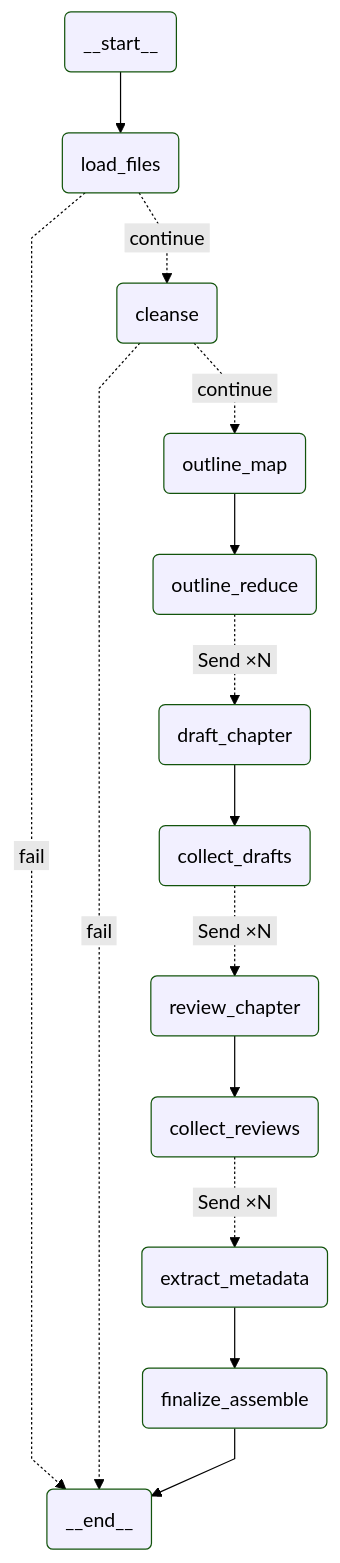
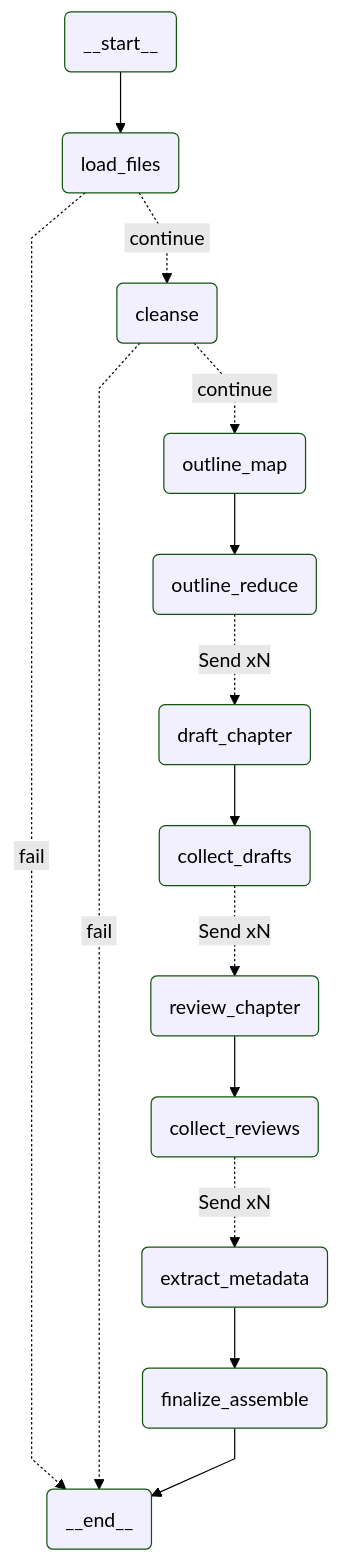
One commit to aiteachme/AITeachMe changed the diagram in backend/scripts/.generated_workflow_diagrams/digest_docgen.md. Above: the diagram before and after it, drawn with Mermaid (forest theme). The commit also changed other lines of this file and 77 other files, not shown here.

````diff
--- a/backend/scripts/.generated_workflow_diagrams/digest_docgen.md
+++ b/backend/scripts/.generated_workflow_diagrams/digest_docgen.md
@@ -5,36 +5,36 @@
 ```mermaid
 ---
 config:
   flowchart:
     curve: linear
 ---
 graph TD;
 	__start__(<p>__start__</p>)
 	load_files(load_files)
 	cleanse(cleanse)
 	outline_map(outline_map)
 	outline_reduce(outline_reduce)
 	draft_chapter(draft_chapter)
 	collect_drafts(collect_drafts)
 	review_chapter(review_chapter)
 	collect_reviews(collect_reviews)
 	extract_metadata(extract_metadata)
 	finalize_assemble(finalize_assemble)
 	__end__(<p>__end__</p>)
 	__start__ --> load_files;
 	cleanse -. &nbsp;fail&nbsp; .-> __end__;
 	cleanse -. &nbsp;continue&nbsp; .-> outline_map;
 	load_files -. &nbsp;fail&nbsp; .-> __end__;
 	load_files -. &nbsp;continue&nbsp; .-> cleanse;
 	outline_map --> outline_reduce;
-	outline_reduce -. &nbsp;Send&nbsp;×N&nbsp; .-> draft_chapter;
+	outline_reduce -. Send xN .-> draft_chapter;
 	draft_chapter --> collect_drafts;
-	collect_drafts -. &nbsp;Send&nbsp;×N&nbsp; .-> review_chapter;
+	collect_drafts -. Send xN .-> review_chapter;
 	review_chapter --> collect_reviews;
-	collect_reviews -. &nbsp;Send&nbsp;×N&nbsp; .-> extract_metadata;
+	collect_reviews -. Send xN .-> extract_metadata;
 	extract_metadata --> finalize_assemble;
 	finalize_assemble --> __end__;
 	classDef default fill:#f2f0ff,line-height:1.2
 	classDef first fill-opacity:0
 	classDef last fill:#bfb6fc
 ```
````
